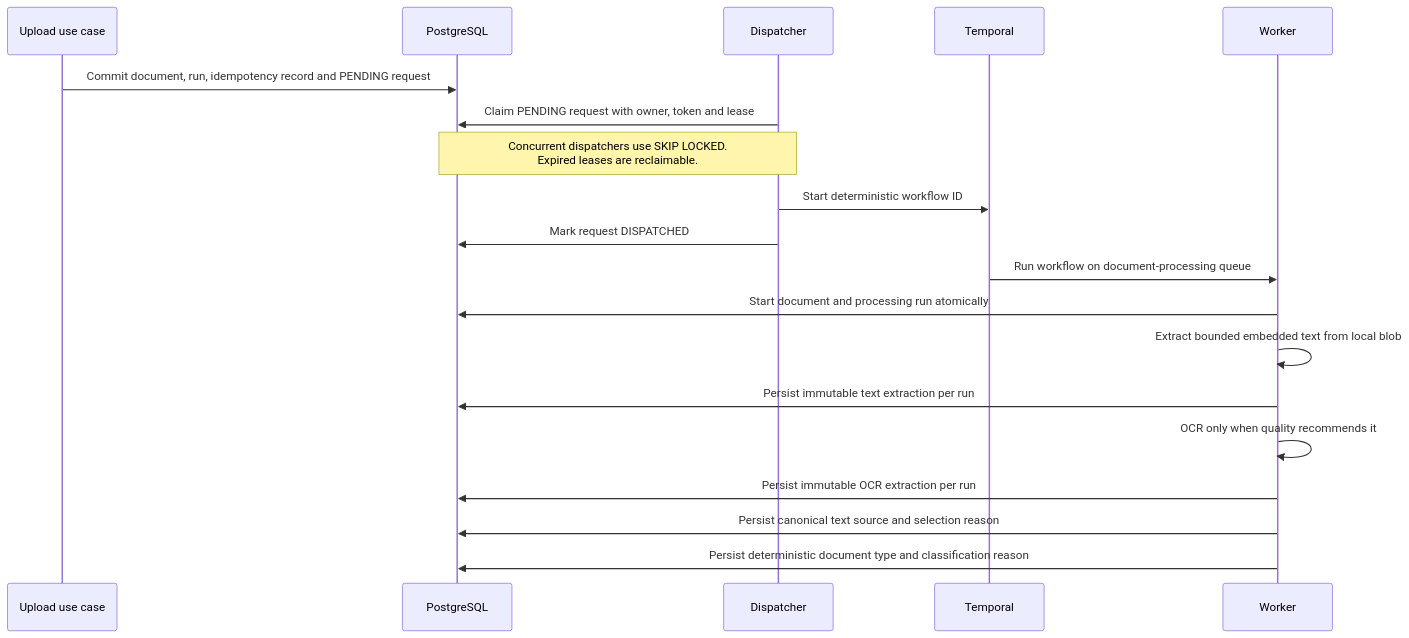
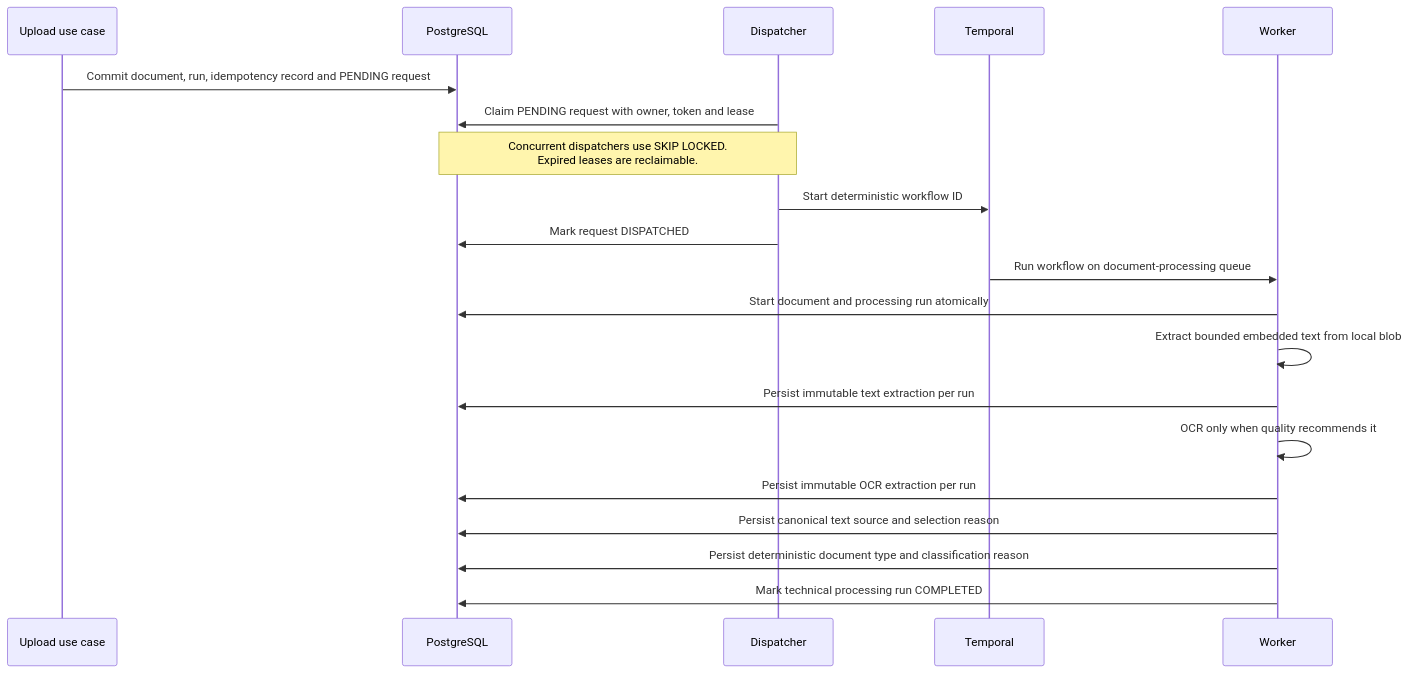
One commit to PietroRussoD/ai-document-processing-platform changed the third of 11 diagrams in docs/architecture.md. Above: the diagram before and after it, drawn with Mermaid. The commit also changed other lines of this file and 12 other files, not shown here.

````diff
--- a/docs/architecture.md
+++ b/docs/architecture.md
@@ -71,22 +71,23 @@
 ```mermaid
 sequenceDiagram
     participant API as Upload use case
     participant DB as PostgreSQL
     participant Dispatcher
     participant Temporal
     participant Worker
 
     API->>DB: Commit document, run, idempotency record and PENDING request
     Dispatcher->>DB: Claim PENDING request with owner, token and lease
     Note over Dispatcher,DB: Concurrent dispatchers use SKIP LOCKED.<br/>Expired leases are reclaimable.
     Dispatcher->>Temporal: Start deterministic workflow ID
     Dispatcher->>DB: Mark request DISPATCHED
     Temporal->>Worker: Run workflow on document-processing queue
     Worker->>DB: Start document and processing run atomically
     Worker->>Worker: Extract bounded embedded text from local blob
     Worker->>DB: Persist immutable text extraction per run
     Worker->>Worker: OCR only when quality recommends it
     Worker->>DB: Persist immutable OCR extraction per run
     Worker->>DB: Persist canonical text source and selection reason
     Worker->>DB: Persist deterministic document type and classification reason
+    Worker->>DB: Mark technical processing run COMPLETED
 ```
````
